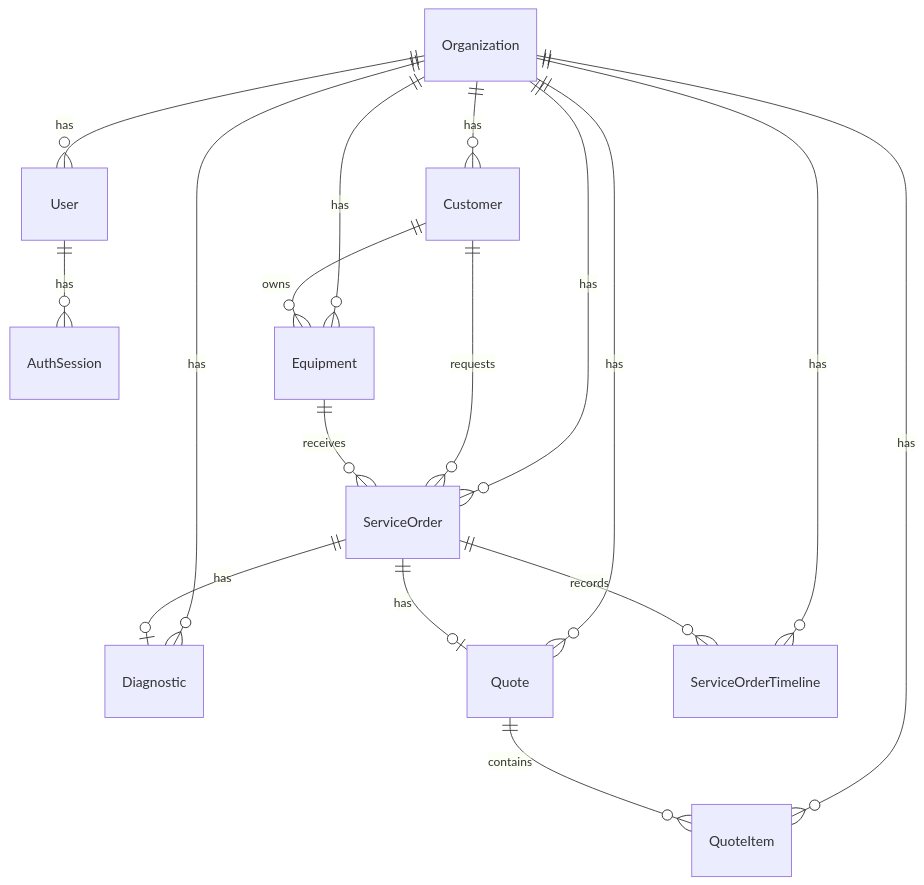
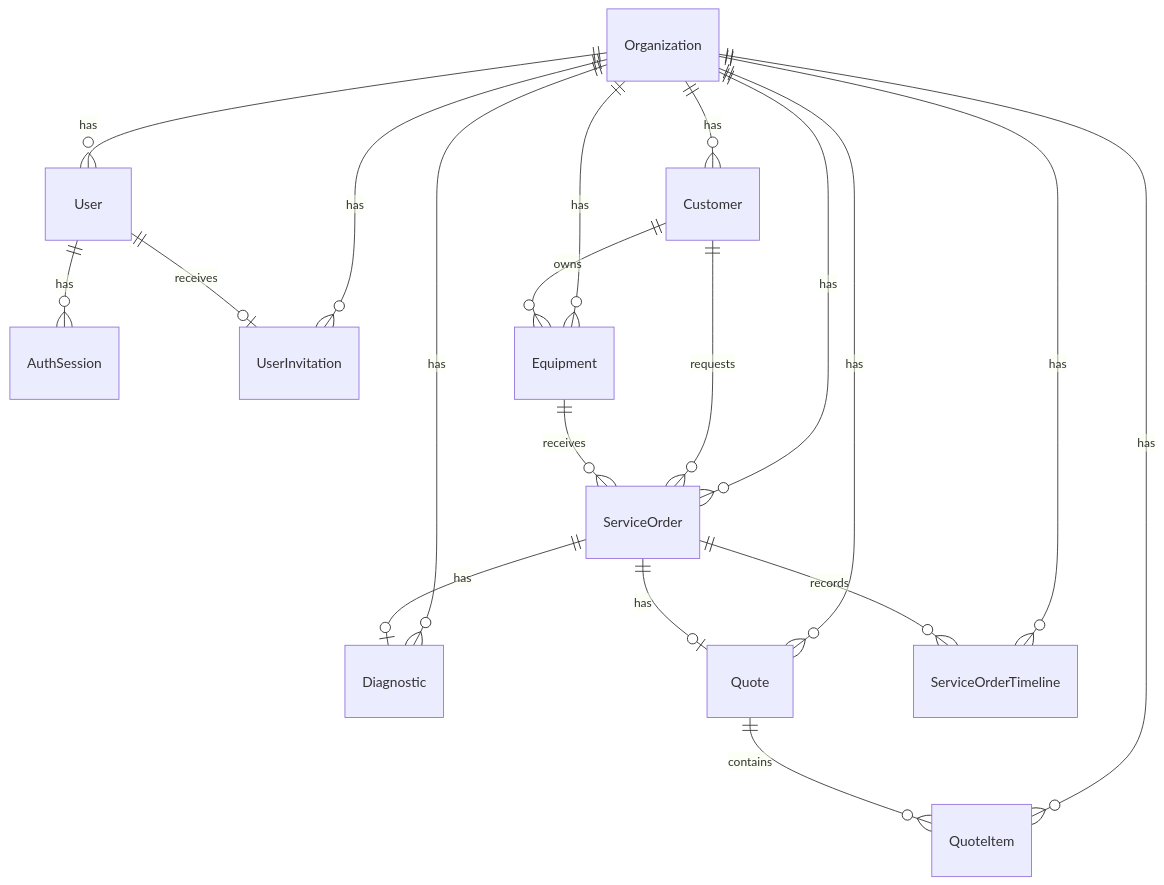
The diagram in docs/database.md (oguerramiguel/fixflow), drawn with Mermaid before and after one commit. The commit also changed other lines of this file and 45 other files, not shown here.

````diff
--- a/docs/database.md
+++ b/docs/database.md
@@ -253,19 +297,21 @@
 ```mermaid
 erDiagram
   Organization ||--o{ User : has
   User ||--o{ AuthSession : has
+  Organization ||--o{ UserInvitation : has
+  User ||--o| UserInvitation : receives
   Organization ||--o{ Customer : has
   Organization ||--o{ Equipment : has
   Organization ||--o{ ServiceOrder : has
   Organization ||--o{ Diagnostic : has
   Organization ||--o{ Quote : has
   Organization ||--o{ QuoteItem : has
   Organization ||--o{ ServiceOrderTimeline : has
   Customer ||--o{ Equipment : owns
   Customer ||--o{ ServiceOrder : requests
   Equipment ||--o{ ServiceOrder : receives
   ServiceOrder ||--o| Diagnostic : has
   ServiceOrder ||--o| Quote : has
   Quote ||--o{ QuoteItem : contains
   ServiceOrder ||--o{ ServiceOrderTimeline : records
 ```
````
